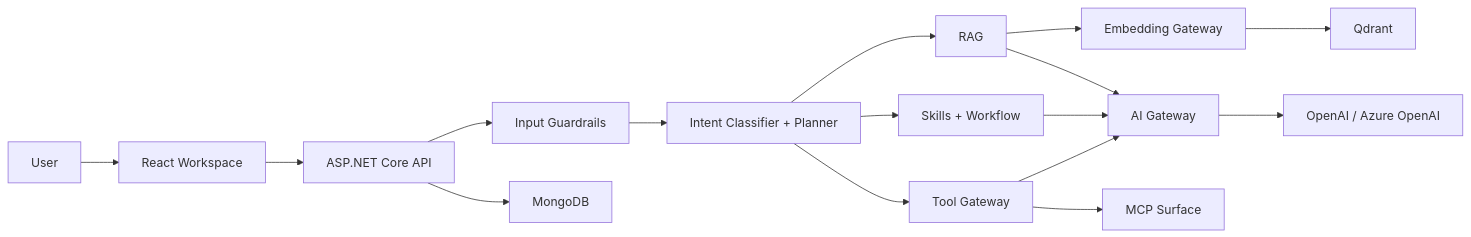
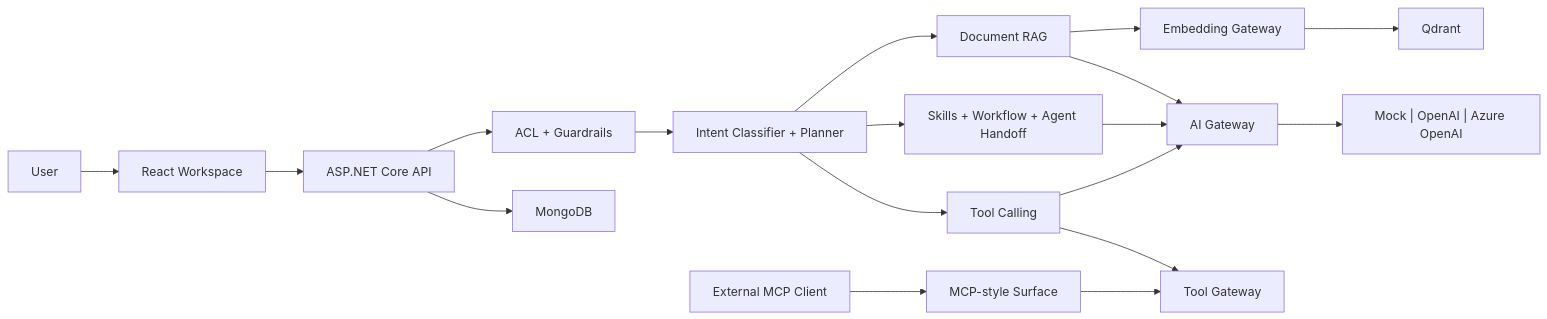
Before and after one commit to haoyucheng369-gif/enterprise-ai-document-assistant: the first of 2 diagrams in README.md, drawn with Mermaid. The commit also changed other lines of this file and 21 other files, not shown here.

Commit message:
feat: complete agent handoff and refine project structure

````diff
--- a/README.md
+++ b/README.md
@@ -9,22 +9,25 @@
 ```mermaid
 flowchart LR
-    user[User] --> ui[React Workspace]
-    ui --> api[ASP.NET Core API]
+    user["User"] --> ui["React Workspace"]
+    ui --> api["ASP.NET Core API"]
 
-    api --> safety[Input Guardrails]
-    safety --> planner[Intent Classifier + Planner]
+    api --> security["ACL + Guardrails"]
+    security --> routing["Intent Classifier + Planner"]
 
-    planner --> rag[RAG]
-    planner --> skills[Skills + Workflow]
-    planner --> tools[Tool Gateway]
+    routing --> rag["Document RAG"]
+    routing --> capabilities["Skills + Workflow + Agent Handoff"]
+    routing --> calling["Tool Calling"]
 
-    rag --> embeddings[Embedding Gateway]
-    embeddings --> vectors[Qdrant]
-    rag --> ai[AI Gateway]
-    skills --> ai
-    tools --> ai
+    rag --> embedding["Embedding Gateway"]
+    embedding --> qdrant["Qdrant"]
+    rag --> gateway["AI Gateway"]
+    capabilities --> gateway
+    calling --> gateway
+    calling --> tools["Tool Gateway"]
 
-    ai --> models[OpenAI / Azure OpenAI]
-    api --> mongo[MongoDB]
-    tools --> mcp[MCP Surface]
+    gateway --> models["Mock | OpenAI | Azure OpenAI"]
+    api --> mongo["MongoDB"]
+
+    external["External MCP Client"] --> mcp["MCP-style Surface"]
+    mcp --> tools
 ```
````
